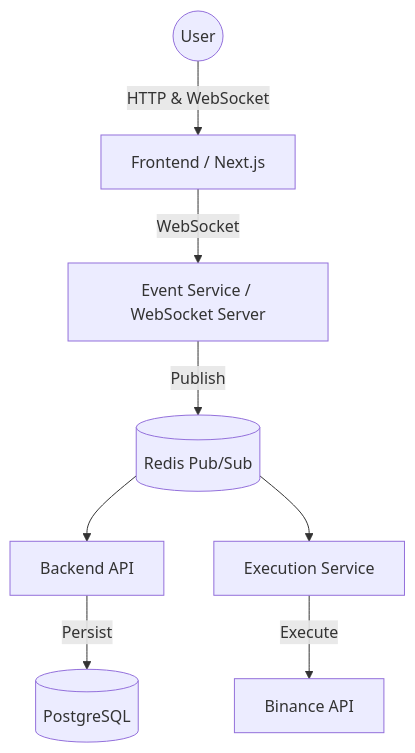
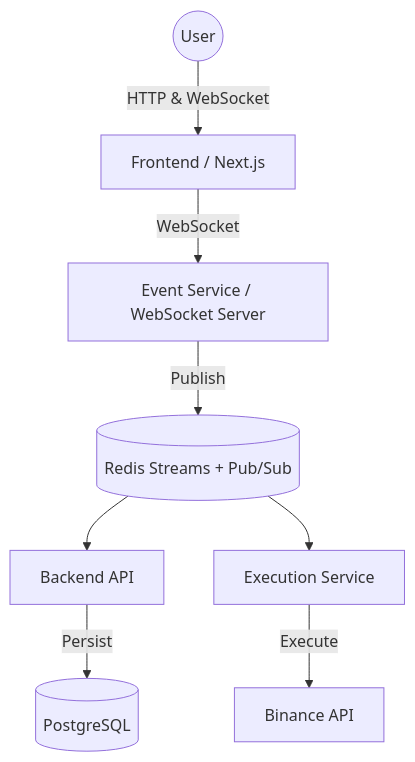
The diagram in README.md (pushkardev123/TradeCO), drawn with Mermaid before and after one commit. The commit also changed other lines of this file and 11 other files, not shown here.

````diff
--- a/README.md
+++ b/README.md
@@ -74,19 +74,19 @@
 ```mermaid
 graph TD
     User((User))
     FE[Frontend / Next.js]
     ES[Event Service / WebSocket Server]
-    Redis[(Redis Pub/Sub)]
+    Redis[(Redis Streams + Pub/Sub)]
     API[Backend API]
     Exec[Execution Service]
     DB[(PostgreSQL)]
     Binance[Binance API]
 
     User -->|HTTP & WebSocket| FE
     FE -->|WebSocket| ES
     ES -->|Publish| Redis
     Redis --> API
     Redis --> Exec
     API -->|Persist| DB
     Exec -->|Execute| Binance
 ```
````
